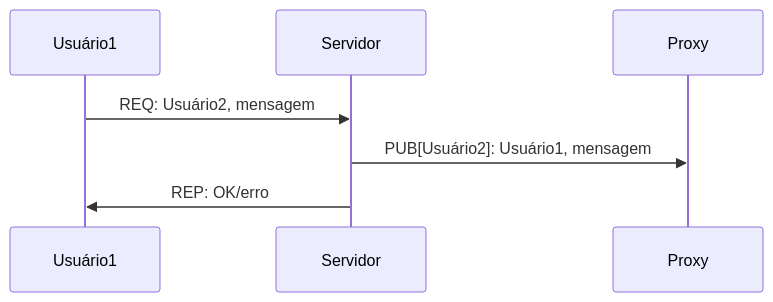
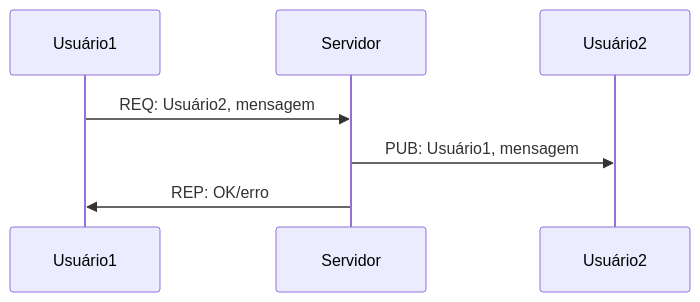
Before and after one commit to anjoletto/cc7261: the second of 2 diagrams in projeto/parte2.md, drawn with Mermaid.

Commit message:
refac: diagrama da mensagem para usuário

````diff
--- a/projeto/parte2.md
+++ b/projeto/parte2.md
@@ -53,6 +53,6 @@
 ```mermaid
 sequenceDiagram
   Usuário1 ->> Servidor: REQ: Usuário2, mensagem
-  Servidor ->> Proxy: PUB[Usuário2]: Usuário1, mensagem
+  Servidor ->> Usuário2: PUB: Usuário1, mensagem
   Servidor ->> Usuário1: REP: OK/erro
 ```
````
